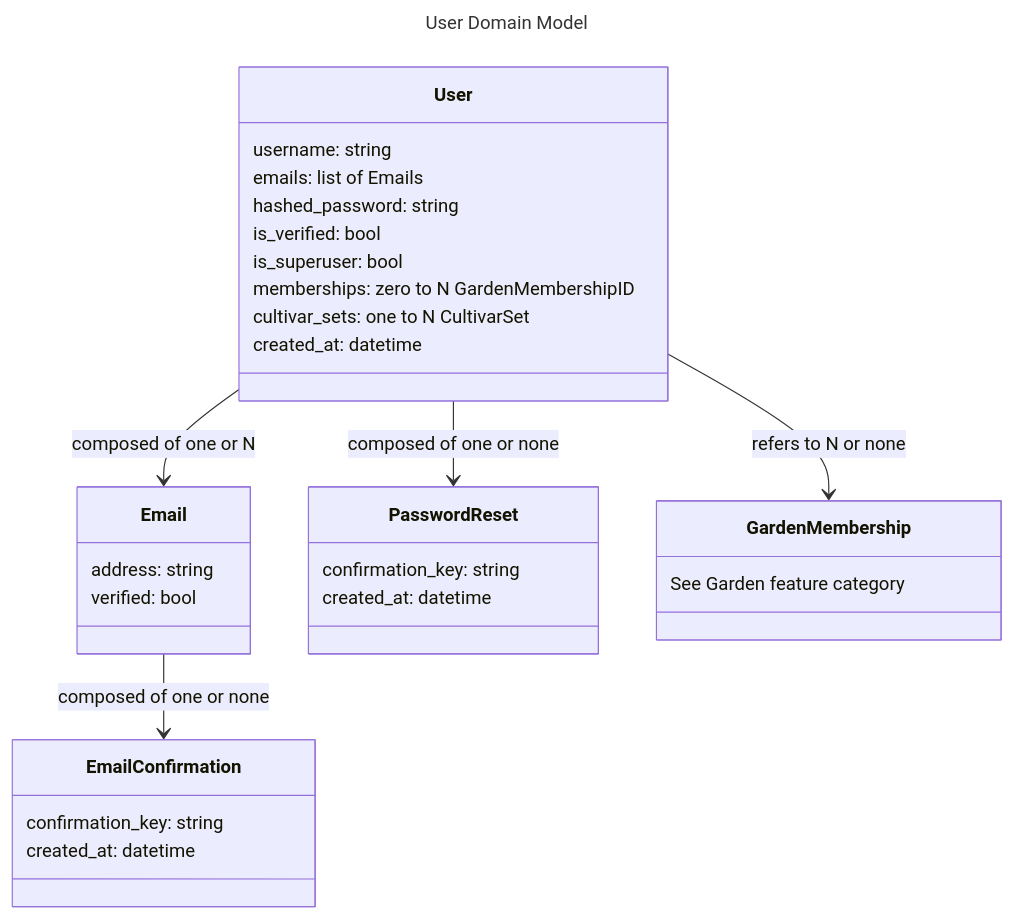
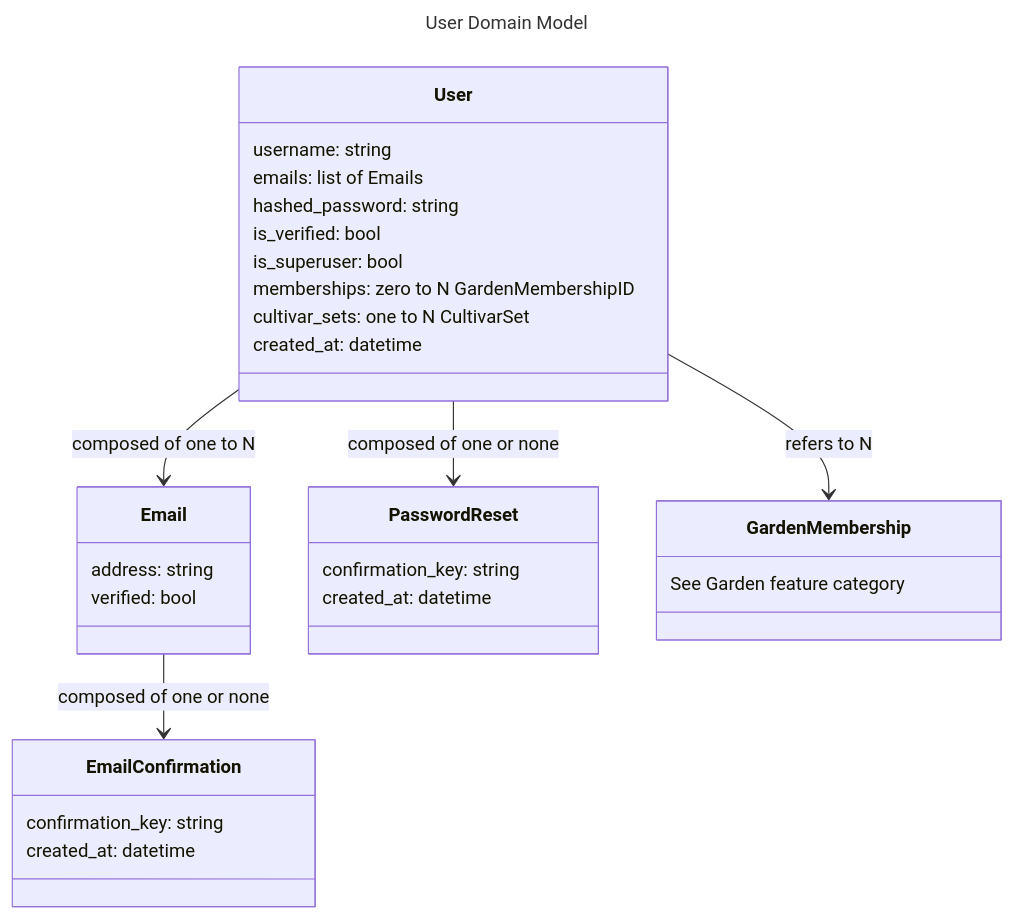
The diagram in outline/users/models.md (VerdanTech/Vdt-Webapp), drawn with Mermaid before and after one commit. The commit also changed 14 other files, not shown here.

````diff
--- a/outline/users/models.md
+++ b/outline/users/models.md
@@ -3,36 +3,36 @@
 ```mermaid
 ---
 title: User Domain Model
 ---
 classDiagram
     User
-    User --> Email : composed of one or N
+    User --> Email : composed of one to N
     User --> PasswordReset : composed of one or none
     Email --> EmailConfirmation : composed of one or none
-    User --> GardenMembership : refers to N or none
+    User --> GardenMembership : refers to N
     class User{
         username: string
         emails: list of Emails
         hashed_password: string
         is_verified: bool
         is_superuser: bool
         memberships: zero to N GardenMembershipID
         cultivar_sets: one to N CultivarSet
         created_at: datetime
     }
     class GardenMembership{
         See Garden feature category
     }
     class Email{
         address: string
         verified: bool
     }
     class PasswordReset{
         confirmation_key: string
         created_at: datetime
     }
     class EmailConfirmation{
         confirmation_key: string
         created_at: datetime
     }
 ```
````
